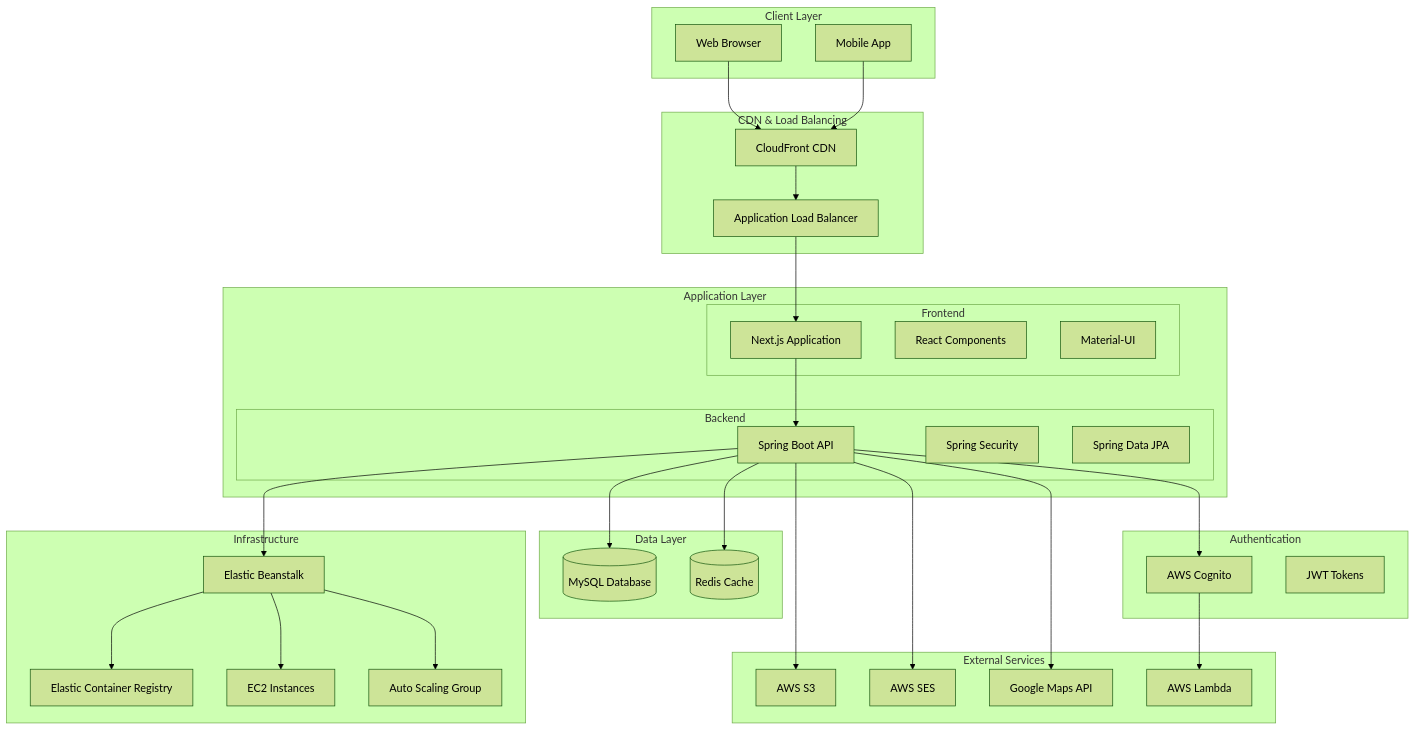
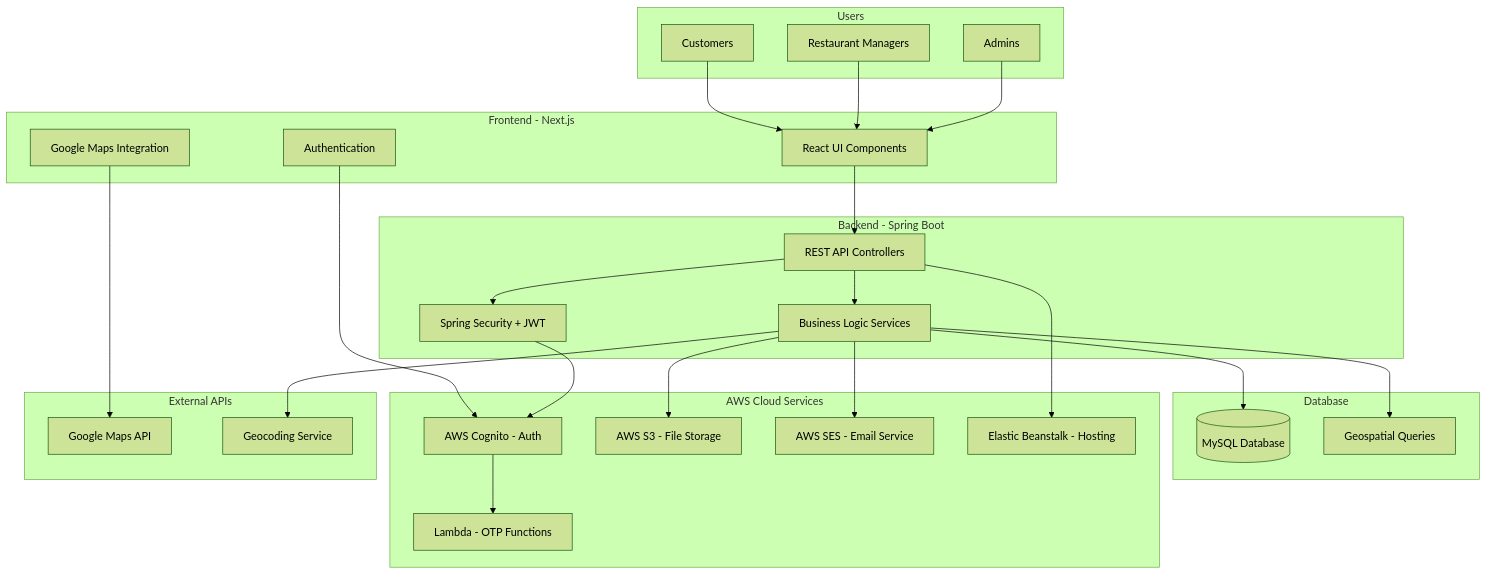
Before and after one commit to Mrnidhi/AtlasReserve: the diagram in README.md, drawn with Mermaid (forest theme). The commit also changed other lines of this file, not shown here.

First line of the commit message:
Simplify README: Focus on essential information and single architecture diagram

````diff
--- a/README.md
+++ b/README.md
@@ -66,67 +19,60 @@
 ```mermaid
 graph TB
-    subgraph "Client Layer"
-        WEB[Web Browser]
-        MOBILE[Mobile App]
+    subgraph "Users"
+        C[Customers]
+        RM[Restaurant Managers]
+        A[Admins]
     end
     
-    subgraph "CDN & Load Balancing"
-        CF[CloudFront CDN]
-        ALB[Application Load Balancer]
+    subgraph "Frontend - Next.js"
+        UI[React UI Components]
+        AUTH[Authentication]
+        MAPS[Google Maps Integration]
     end
     
-    subgraph "Application Layer"
-        subgraph "Frontend"
-            NEXTJS[Next.js Application]
-            REACT[React Components]
-            MUI[Material-UI]
-        end
-        
-        subgraph "Backend"
-            SB[Spring Boot API]
-            SEC[Spring Security]
-            JPA[Spring Data JPA]
-        end
+    subgraph "Backend - Spring Boot"
+        API[REST API Controllers]
+        BL[Business Logic Services]
+        SEC[Spring Security + JWT]
     end
     
-    subgraph "Authentication"
-        COGNITO[AWS Cognito]
-        JWT[JWT Tokens]
+    subgraph "Database"
+        MYSQL[(MySQL Database)]
+        SPATIAL[Geospatial Queries]
     end
     
-    subgraph "Data Layer"
-        MYSQL[(MySQL Database)]
-        REDIS[(Redis Cache)]
+    subgraph "AWS Cloud Services"
+        COGNITO[AWS Cognito - Auth]
+        S3[AWS S3 - File Storage]
+        SES[AWS SES - Email Service]
+        EB[Elastic Beanstalk - Hosting]
+        LAMBDA[Lambda - OTP Functions]
     end
     
-    subgraph "External Services"
-        S3[AWS S3]
-        SES[AWS SES]
+    subgraph "External APIs"
         GMAPS[Google Maps API]
-        LAMBDA[AWS Lambda]
+        GEOCODE[Geocoding Service]
     end
     
-    subgraph "Infrastructure"
-        EB[Elastic Beanstalk]
-        ECR[Elastic Container Registry]
-        EC2[EC2 Instances]
-        ASG[Auto Scaling Group]
-    end
+    C --> UI
+    RM --> UI
+    A --> UI
     
-    WEB --> CF
-    MOBILE --> CF
-    CF --> ALB
-    ALB --> NEXTJS
-    NEXTJS --> SB
-    SB --> COGNITO
-    SB --> MYSQL
-    SB --> REDIS
-    SB --> S3
-    SB --> SES
-    SB --> GMAPS
+    UI --> API
+    AUTH --> COGNITO
+    MAPS --> GMAPS
+    
+    API --> BL
+    API --> SEC
+    BL --> MYSQL
+    BL --> SPATIAL
+    
+    SEC --> COGNITO
+    BL --> S3
+    BL --> SES
+    BL --> GEOCODE
+    
     COGNITO --> LAMBDA
-    SB --> EB
-    EB --> ECR
-    EB --> EC2
-    EB --> ASG
+    
+    API --> EB
 ```
````
